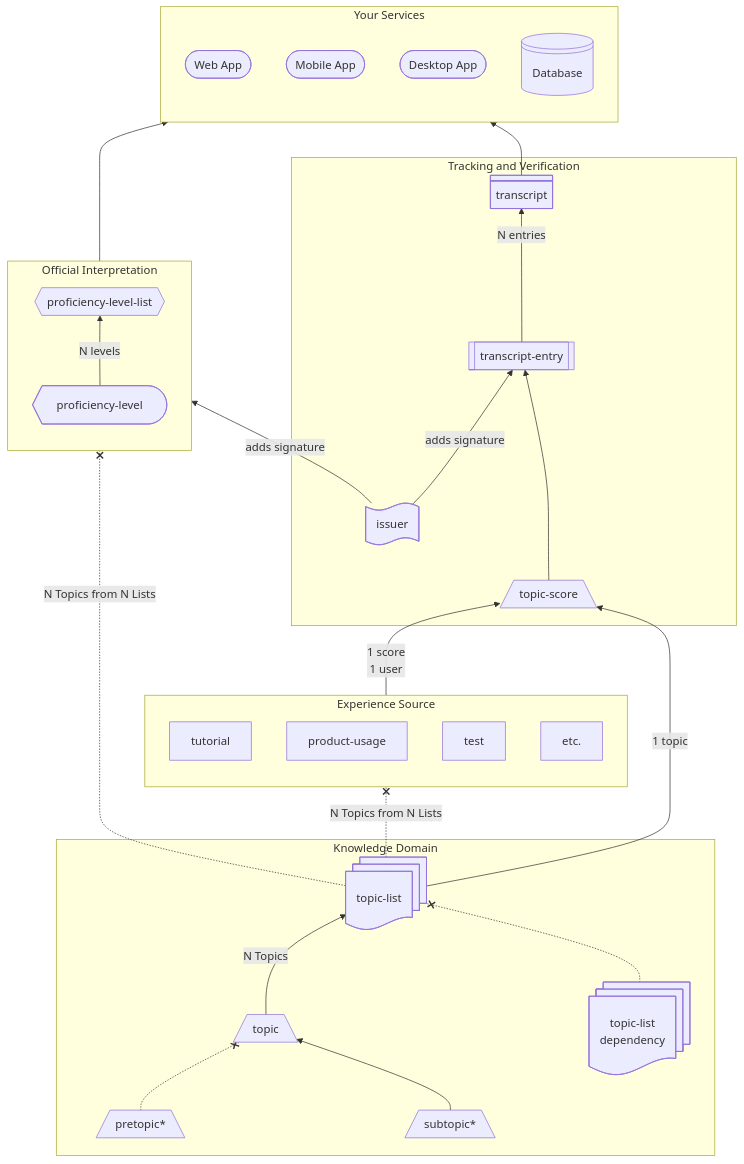
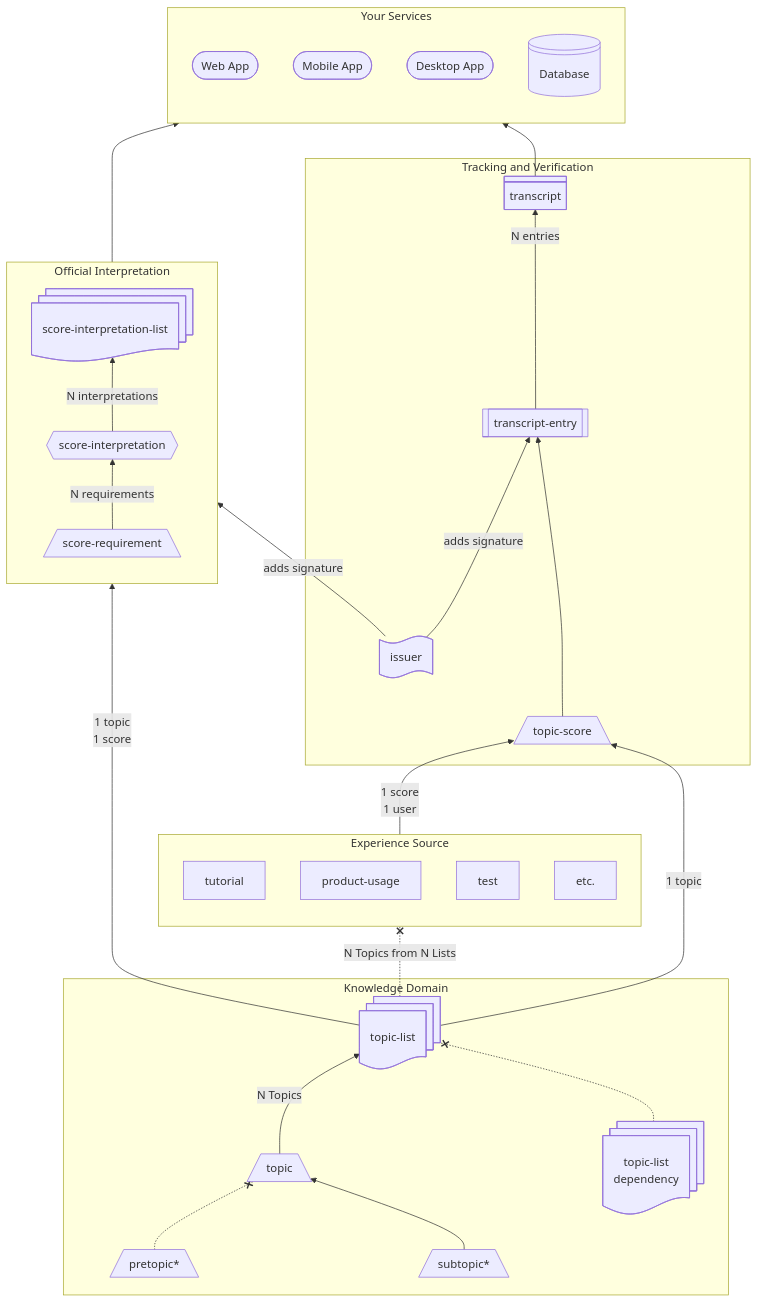
Before and after one commit to openproficiency/model: the diagram in README.md, drawn with Mermaid.

Commit message:
docs: update readme diagram to use score interpretation words

````diff
--- a/README.md
+++ b/README.md
@@ -35,75 +35,78 @@
 ```mermaid
 flowchart BT
 
   subgraph knowledge-domain["Knowledge Domain"]
     %% Components
     topic[/topic\]
     pretopic[/pretopic*\]
     subtopic[/subtopic*\]
     topic-list@{ shape: docs, label: "topic-list" }
     dependency-list@{ shape: docs, label: "topic-list<br/>dependency" }
 
     %% Mapping
     topic --"N Topics"--> topic-list
     subtopic --> topic
     pretopic -.-x topic
     dependency-list -.-x topic-list
   end
 
   subgraph tracking-and-verification["Tracking and Verification"]
     %% Components
     topic-score[/"topic-score"\]
     transcript-entry@{ shape: subproc, label: "transcript-entry" }
     transcript@{ shape: div-rect, label: "transcript" }
     issuer@{ shape: flag, label: "issuer" }
 
     %% Mapping
     issuer --"adds signature"-->  transcript-entry
     topic-score --->  transcript-entry
     transcript-entry --"N entries"--> transcript
 
     %% Mapping - External
     topic-list --"1 topic"--> topic-score
   end
 
   subgraph official-interpretation["Official Interpretation"]
     direction BT
     %% Components
-    proficiency-level@{ shape: curv-trap, label: "proficiency-level" }
-    proficiency-level-list{{"proficiency-level-list<br/>"}}
+    score-requirement[/score-requirement\]
+    score-interpretation{{"score-interpretation<br/>"}}
+    score-interpretation-list@{ shape: docs, label: "score-interpretation-list" }
+
 
     %% Mapping
-    proficiency-level --"N levels"--> proficiency-level-list
+    score-requirement --"N requirements"--> score-interpretation
+    score-interpretation --"N interpretations"--> score-interpretation-list
 
     %% Mapping - External
-    topic-list -."N Topics from N Lists".-x proficiency-level
-    issuer --"adds signature"--> proficiency-level-list
+    topic-list --"1 topic<br/>1 score"--> score-requirement
+    issuer --"adds signature"--> score-interpretation-list
   end
 
   %% ----- YOUR RESOURCES ----- %%
 
   subgraph experience-sources["Experience Source"]
     %% Components
     tutorial
     product-usage
     test
     etc.
   end
 
   %% Mapping
   topic-list -."N Topics from N Lists".-x experience-sources
   experience-sources --"1 score<br/>1 user"--> topic-score
 
   subgraph your-application["Your Services"]
     %% Components
     web-app@{ shape: stadium, label: "Web App" }
     mobile-app@{ shape: stadium, label: "Mobile App" }
     desktop-app@{ shape: stadium, label: "Desktop App" }
     database@{ shape: lin-cyl, label: "Database" }
   end
 
   %% Mapping
-  proficiency-level-list --> your-application
+  score-interpretation-list --> your-application
   transcript --> your-application
 
 ```
````
